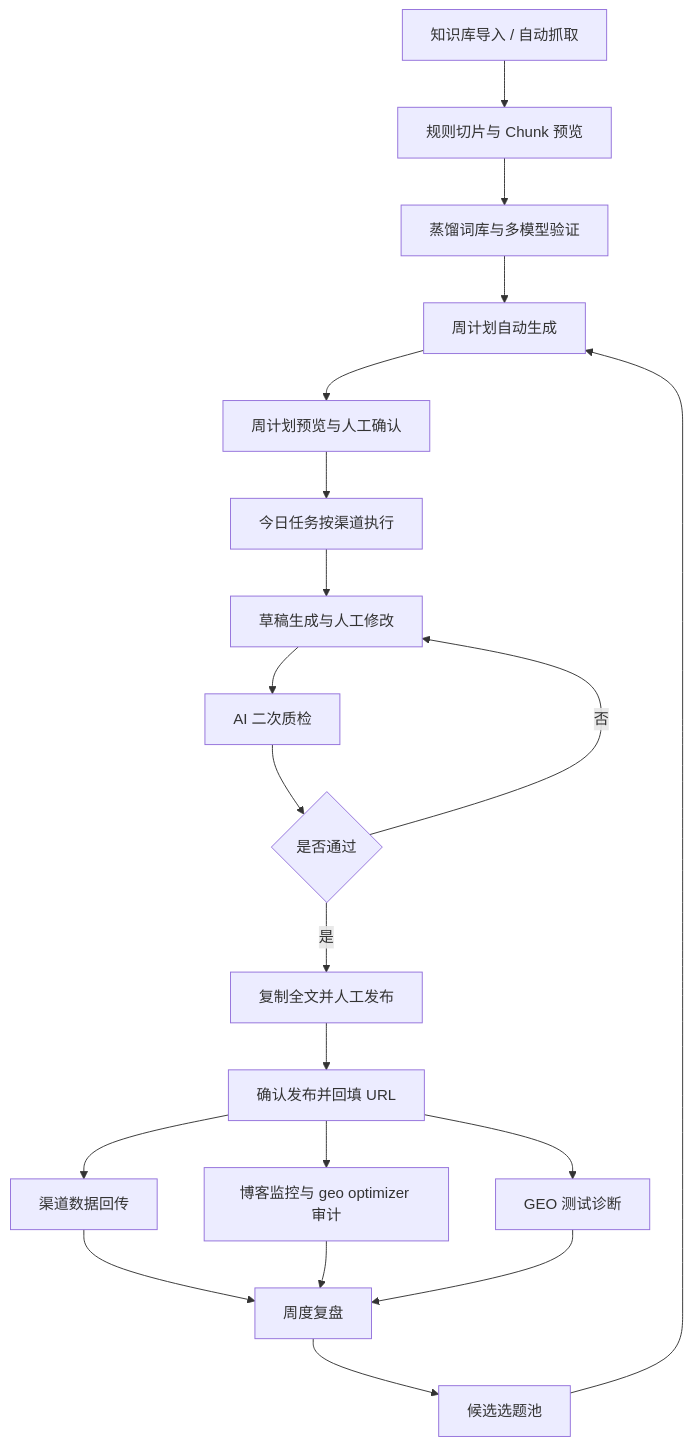
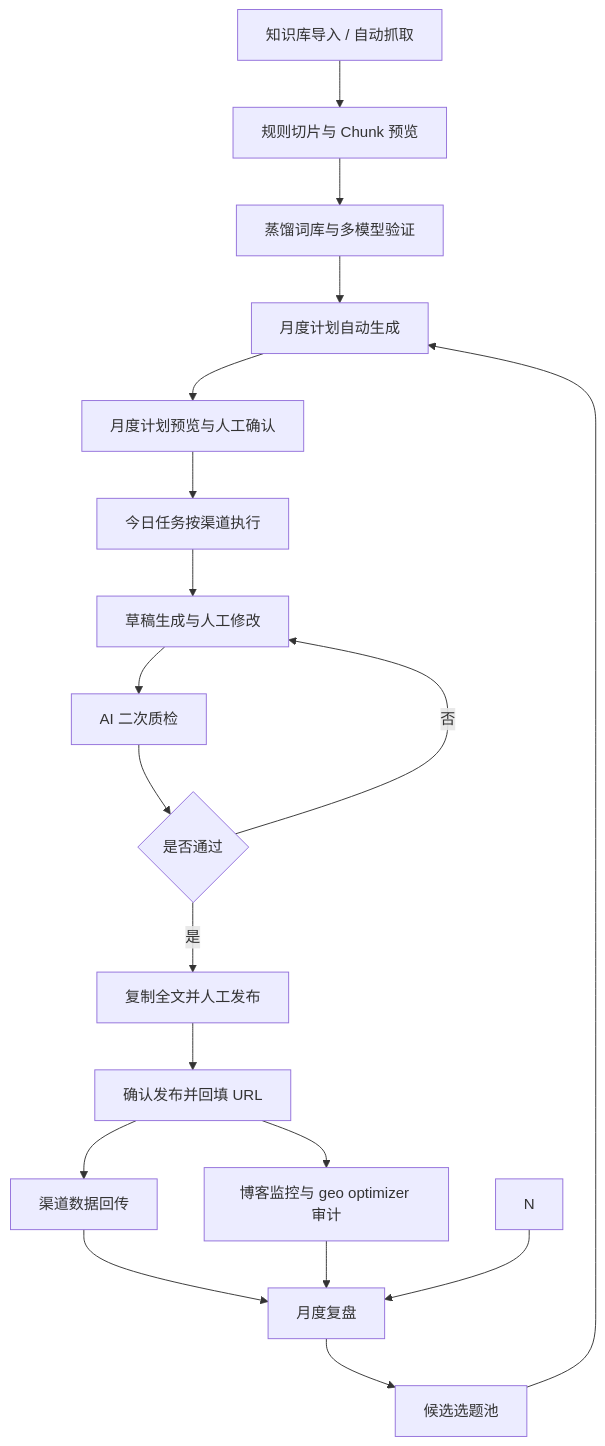
One commit to 1736280642-Star/gtm-content-growth-workbench changed the third of 3 diagrams in docs/content-growth-system-v2-rules.md. Above: the diagram before and after it, drawn with Mermaid. The commit also changed other lines of this file and 63 other files, not shown here.

````diff
--- a/docs/content-growth-system-v2-rules.md
+++ b/docs/content-growth-system-v2-rules.md
@@ -966,22 +949,21 @@
 ```mermaid
 flowchart TD
   A["知识库导入 / 自动抓取"] --> B["规则切片与 Chunk 预览"]
   B --> C["蒸馏词库与多模型验证"]
-  C --> D["周计划自动生成"]
-  D --> E["周计划预览与人工确认"]
+  C --> D["月度计划自动生成"]
+  D --> E["月度计划预览与人工确认"]
   E --> F["今日任务按渠道执行"]
   F --> G["草稿生成与人工修改"]
   G --> H["AI 二次质检"]
   H --> I{"是否通过"}
   I -- "否" --> G
   I -- "是" --> J["复制全文并人工发布"]
   J --> K["确认发布并回填 URL"]
   K --> L["渠道数据回传"]
   K --> M["博客监控与 geo optimizer 审计"]
-  K --> N["GEO 测试诊断"]
-  L --> O["周度复盘"]
+  L --> O["月度复盘"]
   M --> O
   N --> O
   O --> P["候选选题池"]
   P --> D
 ```
````
